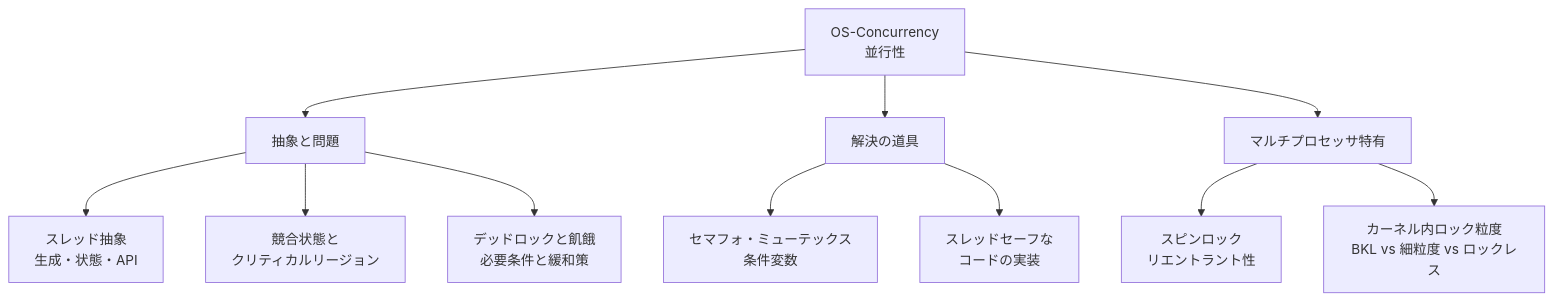
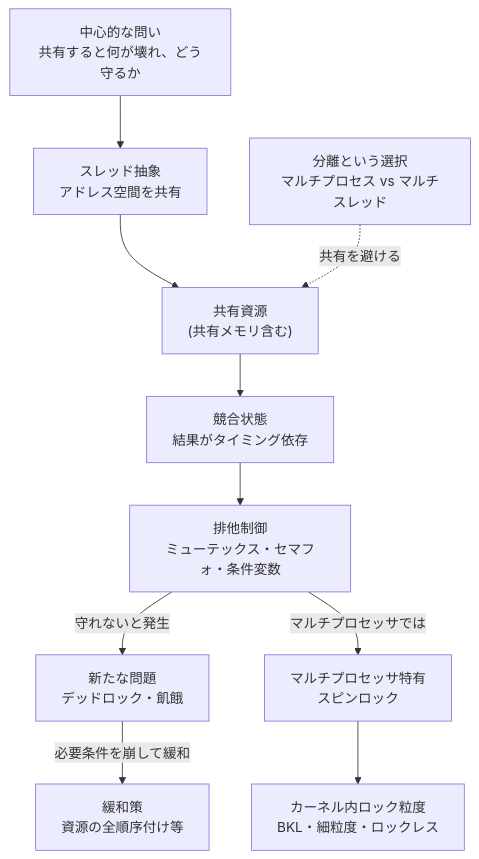
One commit to miyataka/cszap changed the first of 3 diagrams in docs/OS/OS-Concurrency.md. Above: the diagram before and after it, drawn with Mermaid. The commit also changed other lines of this file and 28 other files, not shown here.

First line of the commit message:
docs: redesign 全体像 diagrams per unit (29 pages)

````diff
--- a/docs/OS/OS-Concurrency.md
+++ b/docs/OS/OS-Concurrency.md
@@ -12,13 +12,18 @@
 ```mermaid
 graph TD
-  A[OS-Concurrency<br/>並行性] --> B[抽象と問題]
-  A --> C[解決の道具]
-  A --> D[マルチプロセッサ特有]
-  B --> B1[スレッド抽象<br/>生成・状態・API]
-  B --> B2[競合状態と<br/>クリティカルリージョン]
-  B --> B3[デッドロックと飢餓<br/>必要条件と緩和策]
-  C --> C1[セマフォ・ミューテックス<br/>条件変数]
-  C --> C2[スレッドセーフな<br/>コードの実装]
-  D --> D1[スピンロック<br/>リエントラント性]
-  D --> D2[カーネル内ロック粒度<br/>BKL vs 細粒度 vs ロックレス]
+  Q["中心的な問い<br/>共有すると何が壊れ、どう守るか"]
+
+  THREAD["スレッド抽象<br/>アドレス空間を共有"] --> SHARE["共有資源<br/>(共有メモリ含む)"]
+  SHARE --> RACE["競合状態<br/>結果がタイミング依存"]
+  RACE --> EXCL["排他制御<br/>ミューテックス・セマフォ・条件変数"]
+
+  EXCL -->|"守れないと発生"| NEWPROB["新たな問題<br/>デッドロック・飢餓"]
+  NEWPROB -->|"必要条件を崩して緩和"| MITIG["緩和策<br/>資源の全順序付け等"]
+
+  EXCL -->|"マルチプロセッサでは"| MP["マルチプロセッサ特有<br/>スピンロック"]
+  MP --> KLOCK["カーネル内ロック粒度<br/>BKL・細粒度・ロックレス"]
+
+  ALT["分離という選択<br/>マルチプロセス vs マルチスレッド"] -.共有を避ける.-> SHARE
+
+  Q --> THREAD
 ```
````
